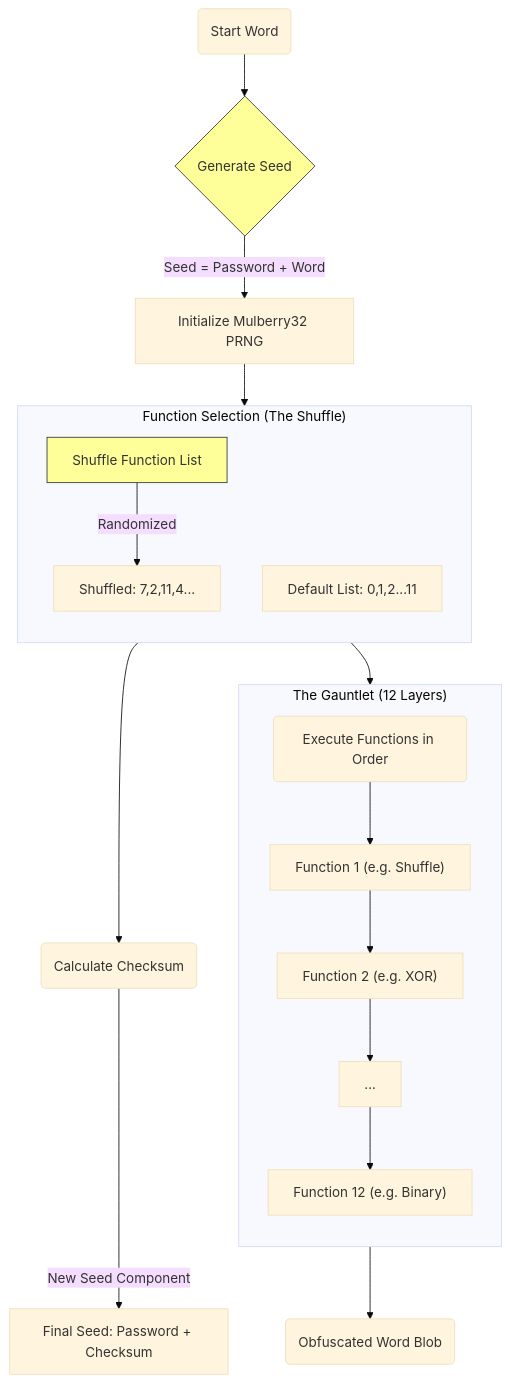
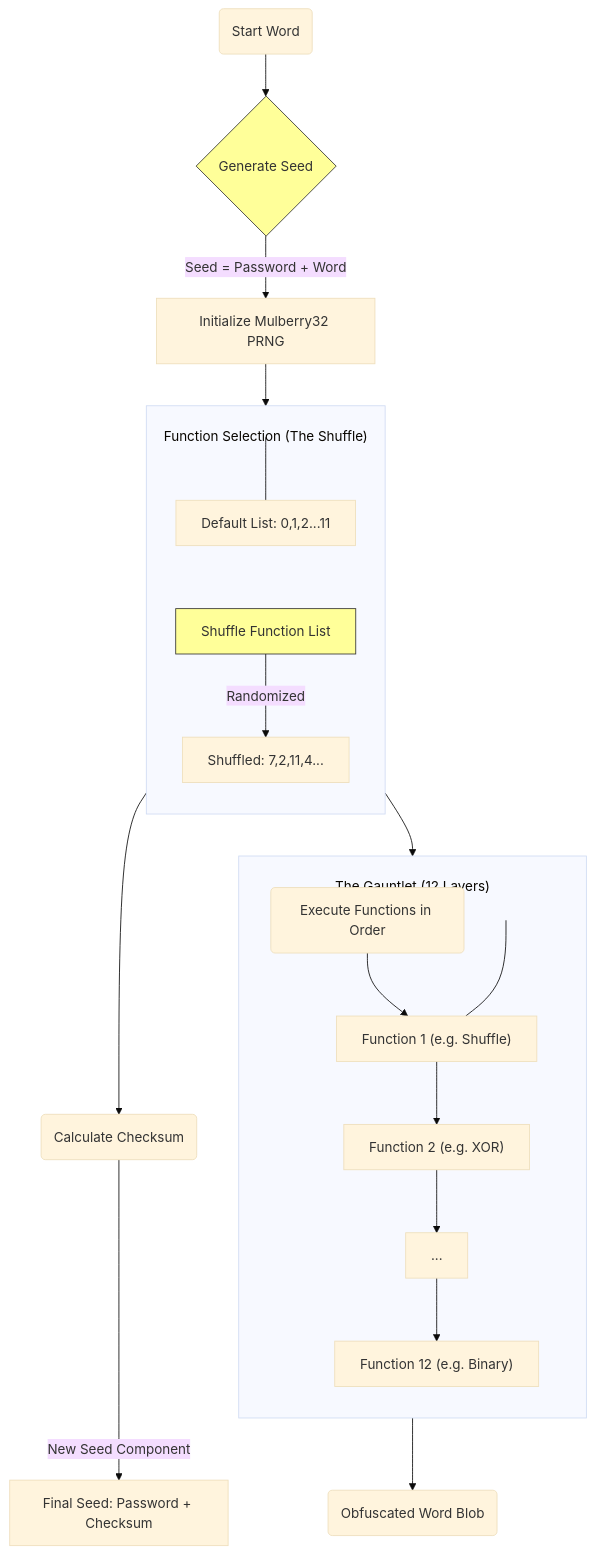
The second of 6 diagrams in DARKSTAR_ARCHITECTURE.md (Kryklin/darkstar), drawn with Mermaid (base theme) before and after one commit.

````diff
--- a/DARKSTAR_ARCHITECTURE.md
+++ b/DARKSTAR_ARCHITECTURE.md
@@ -57,34 +57,49 @@
 ```mermaid
 flowchart TD
     Start(Start Word) --> SeedGen{Generate Seed}
     SeedGen -->|Seed = Password + Word| PRNG[Initialize Mulberry32 PRNG]
     
-    PRNG --> Shuffle[Shuffle Function List]
+    PRNG --> ShuffleStep
     
-    subgraph "Function Selection (The Shuffle)"
+    subgraph Selection ["Function Selection (The Shuffle)"]
         direction TB
-        List[Default List: 0,1,2...11]
-        Shuffle -->|Randomized| NewList[Shuffled: 7,2,11,4...]
+        %% Invisible spacer to push content down from title
+        Spacer1[ ]:::hidden
+        
+        DefaultList[Default List: 0,1,2...11]
+        ShuffleStep[Shuffle Function List]
+        ShuffledList[Shuffled: 7,2,11,4...]
+        
+        Spacer1 --- DefaultList
+        DefaultList ~~~ ShuffleStep
+        ShuffleStep -->|Randomized| ShuffledList
     end
     
-    NewList --> Checksum(Calculate Checksum)
+    ShuffledList --> Checksum(Calculate Checksum)
     Checksum -->|New Seed Component| CombinedSeed[Final Seed: Password + Checksum]
     
-    NewList --> Loop(Execute Functions in Order)
+    ShuffledList --> Loop(Execute Functions in Order)
     
-    subgraph "The Gauntlet (12 Layers)"
+    subgraph Gauntlet ["The Gauntlet (12 Layers)"]
         direction TB
+        %% Invisible spacer
+        Spacer2[ ]:::hidden
+        
         Loop --> F1["Function 1 (e.g. Shuffle)"]
         F1 --> F2["Function 2 (e.g. XOR)"]
-        F2 --> F...["..."]
-        F... --> F12["Function 12 (e.g. Binary)"]
+        F2 --> FN["..."]
+        FN --> F12["Function 12 (e.g. Binary)"]
+        
+        Spacer2 --- F1
     end
     
     F12 --> Result(Obfuscated Word Blob)
     
     style SeedGen fill:#ff9,stroke:#333
-    style Shuffle fill:#ff9,stroke:#333
+    style ShuffleStep fill:#ff9,stroke:#333
 
-    %% Spacing adjustments
+    %% Styling to hide spacers and add padding
+    classDef hidden display:none;
     classDef spaced padding:20px;
+    class Selection,Gauntlet spaced;
 ```
````
